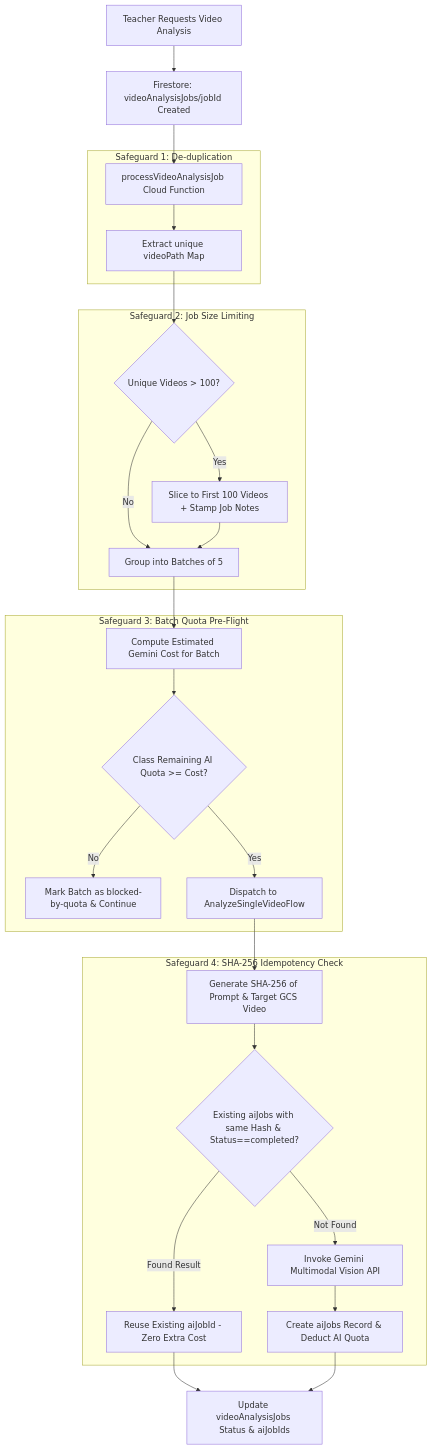
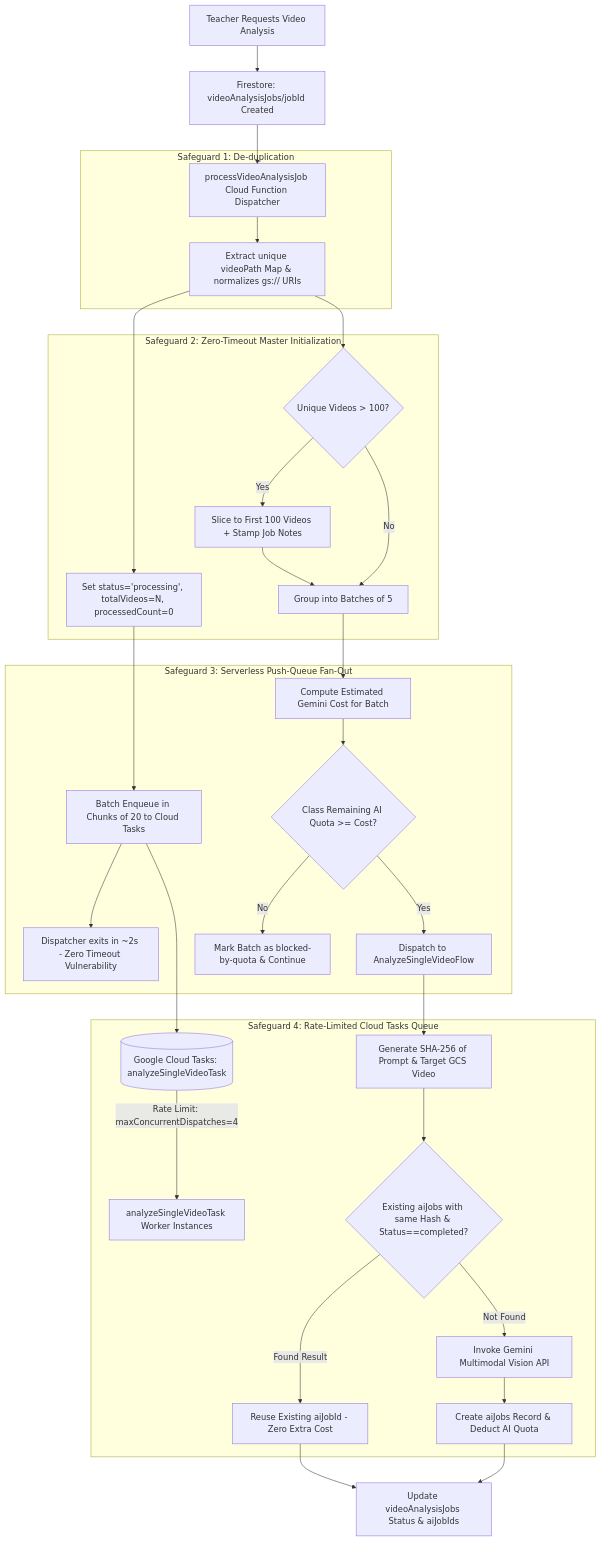
One commit to wongcyrus/Google-AI-Classroom changed the second of 4 diagrams in docs/video-analysis-workflow.md. Above: the diagram before and after it, drawn with Mermaid. The commit also changed other lines of this file and 86 other files, not shown here.

First line of the commit message:
docs: update system documentation, marp slide decks, architecture diagrams, and prompt seed assets

````diff
--- a/docs/video-analysis-workflow.md
+++ b/docs/video-analysis-workflow.md
@@ -84,34 +97,48 @@
 ```mermaid
 flowchart TD
     Req[Teacher Requests Video Analysis] --> Doc[Firestore: videoAnalysisJobs/jobId Created]
-    Doc --> Trig[processVideoAnalysisJob Cloud Function]
+    Doc --> Trig[processVideoAnalysisJob Cloud Function Dispatcher]
 
     subgraph S1 [Safeguard 1: De-duplication]
-        Trig --> Dedupe[Extract unique videoPath Map]
+        Trig --> Dedupe[Extract unique videoPath Map & normalizes gs:// URIs]
+    end
+
+    subgraph S2 [Safeguard 2: Zero-Timeout Master Initialization]
+        Dedupe --> InitMaster[Set status='processing', totalVideos=N, processedCount=0]
+    end
+
+    subgraph S3 [Safeguard 3: Serverless Push-Queue Fan-Out]
+        InitMaster --> ChunkEnqueue[Batch Enqueue in Chunks of 20 to Cloud Tasks]
+        ChunkEnqueue --> ExitEarly[Dispatcher exits in ~2s - Zero Timeout Vulnerability]
+    end
+
+    subgraph S4 [Safeguard 4: Rate-Limited Cloud Tasks Queue]
+        ChunkEnqueue --> CTQueue[(Google Cloud Tasks: analyzeSingleVideoTask)]
+        CTQueue -->|Rate Limit: maxConcurrentDispatches=4| Worker[analyzeSingleVideoTask Worker Instances]
     end
 
     subgraph S2 [Safeguard 2: Job Size Limiting]
         Dedupe --> CapCheck{Unique Videos > 100?}
         CapCheck -->|Yes| Trunc[Slice to First 100 Videos + Stamp Job Notes]
         CapCheck -->|No| BatchGroup[Group into Batches of 5]
         Trunc --> BatchGroup
     end
 
     subgraph S3 [Safeguard 3: Batch Quota Pre-Flight]
         BatchGroup --> EstCost[Compute Estimated Gemini Cost for Batch]
         EstCost --> QuotaCheck{Class Remaining AI Quota >= Cost?}
         QuotaCheck -->|No| SkipBatch[Mark Batch as blocked-by-quota & Continue]
         QuotaCheck -->|Yes| S4Flow[Dispatch to AnalyzeSingleVideoFlow]
     end
 
     subgraph S4 [Safeguard 4: SHA-256 Idempotency Check]
         S4Flow --> HashCalc[Generate SHA-256 of Prompt & Target GCS Video]
         HashCalc --> DBQuery{Existing aiJobs with same Hash & Status==completed?}
         DBQuery -->|Found Result| Reuse[Reuse Existing aiJobId - Zero Extra Cost]
         DBQuery -->|Not Found| CallAI[Invoke Gemini Multimodal Vision API]
         CallAI --> WriteResult[Create aiJobs Record & Deduct AI Quota]
     end
 
     Reuse --> UpdateMaster[Update videoAnalysisJobs Status & aiJobIds]
     WriteResult --> UpdateMaster
 ```
````
